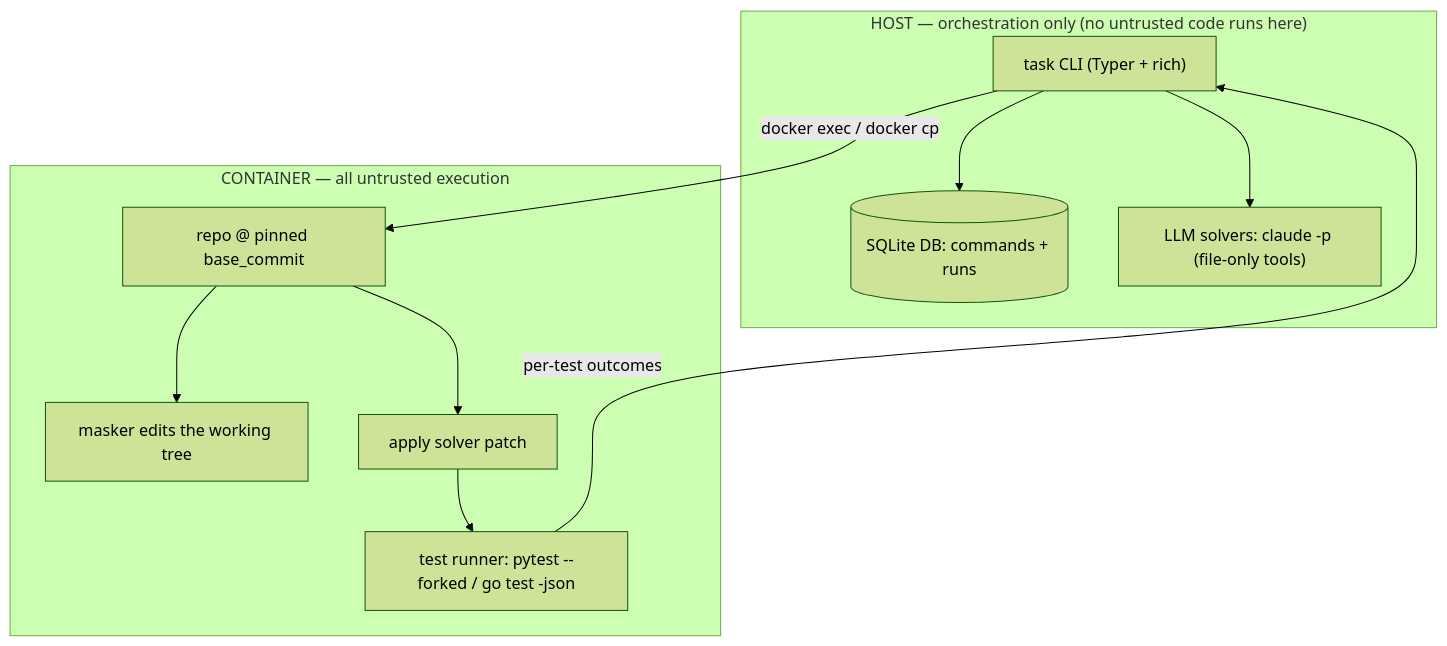
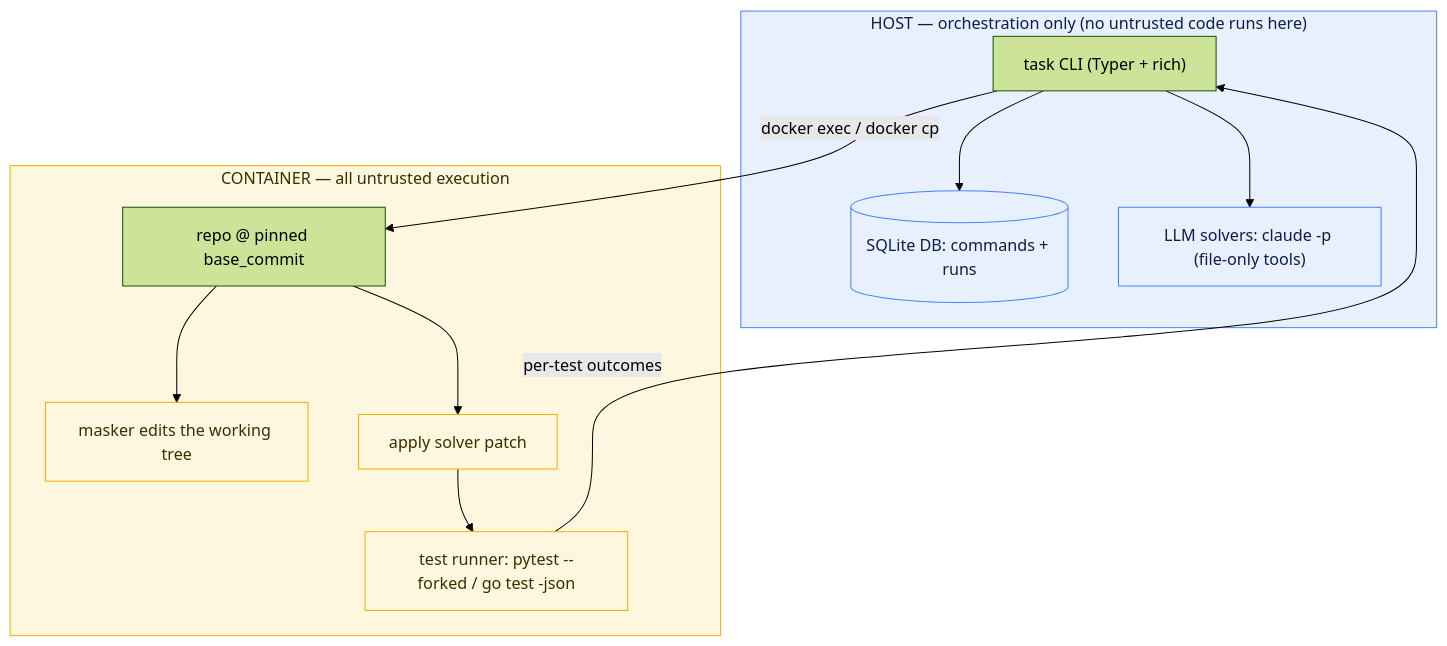
Before and after one commit to NemMehta/Theta-Take-Home-Challenge: the first of 3 diagrams in README.md, drawn with Mermaid (forest theme). The commit also changed other lines of this file, not shown here.

Commit message:
Polish README: badges, themed diagrams, alert callouts; add repo topics

````diff
--- a/README.md
+++ b/README.md
@@ -11,21 +15,30 @@
 ```mermaid
 flowchart TB
   subgraph HOST["HOST — orchestration only (no untrusted code runs here)"]
     CLI["task CLI (Typer + rich)"]
     DB[("SQLite DB: commands + runs")]
     MODEL["LLM solvers: claude -p (file-only tools)"]
     CLI --> DB
     CLI --> MODEL
   end
   subgraph CONTAINER["CONTAINER — all untrusted execution"]
     REPO["repo @ pinned base_commit"]
     MASK["masker edits the working tree"]
     PATCH["apply solver patch"]
     TEST["test runner: pytest --forked / go test -json"]
     REPO --> MASK
     REPO --> PATCH
     PATCH --> TEST
   end
   CLI -- "docker exec / docker cp" --> REPO
   TEST -- "per-test outcomes" --> CLI
+  classDef host fill:#E8F0FE,stroke:#4285F4,color:#0b1f44;
+  classDef container fill:#FEF7E0,stroke:#F9AB00,color:#3d2c00;
+  classDef ok fill:#E6F4EA,stroke:#34A853,color:#0b3d1a;
+  classDef bad fill:#FCE8E6,stroke:#EA4335,color:#5c1109;
+  classDef key fill:#F3E8FD,stroke:#A142F4,color:#2e0a4f;
+  class DB,MODEL host;
+  class MASK,PATCH,TEST container;
+  style HOST fill:#E8F0FE,stroke:#4285F4,color:#0b1f44;
+  style CONTAINER fill:#FEF7E0,stroke:#F9AB00,color:#3d2c00;
 ```
````
